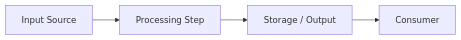
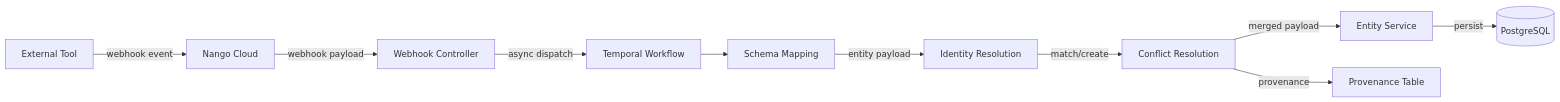
The second of 3 diagrams in docs/system-design/feature-design/_Sub-Domain Plans/Entity Integration Sync.md (rmr-studio/riven), drawn with Mermaid before and after one commit. The commit also changed other lines of this file and 46 other files, not shown here.

````diff
--- a/docs/system-design/feature-design/_Sub-Domain Plans/Entity Integration Sync.md
+++ b/docs/system-design/feature-design/_Sub-Domain Plans/Entity Integration Sync.md
@@ -75,6 +90,12 @@
 ```mermaid
 flowchart LR
-    A[Input Source] --> B[Processing Step]
-    B --> C[Storage / Output]
-    C --> D[Consumer]
+    A[External Tool] -->|webhook event| B[Nango Cloud]
+    B -->|webhook payload| C[Webhook Controller]
+    C -->|async dispatch| D[Temporal Workflow]
+    D --> E[Schema Mapping]
+    E -->|entity payload| F[Identity Resolution]
+    F -->|match/create| G[Conflict Resolution]
+    G -->|merged payload| H[Entity Service]
+    H -->|persist| I[(PostgreSQL)]
+    G -->|provenance| J[Provenance Table]
 ```
````
